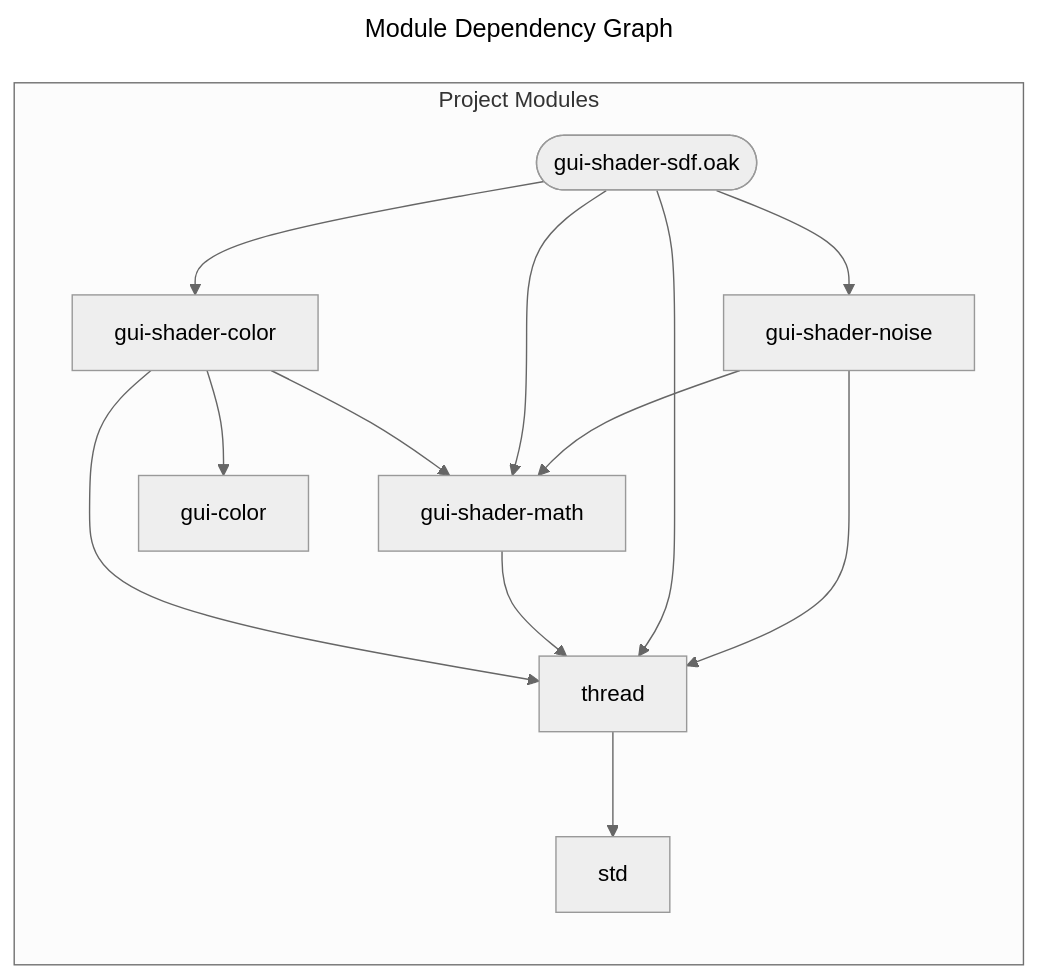
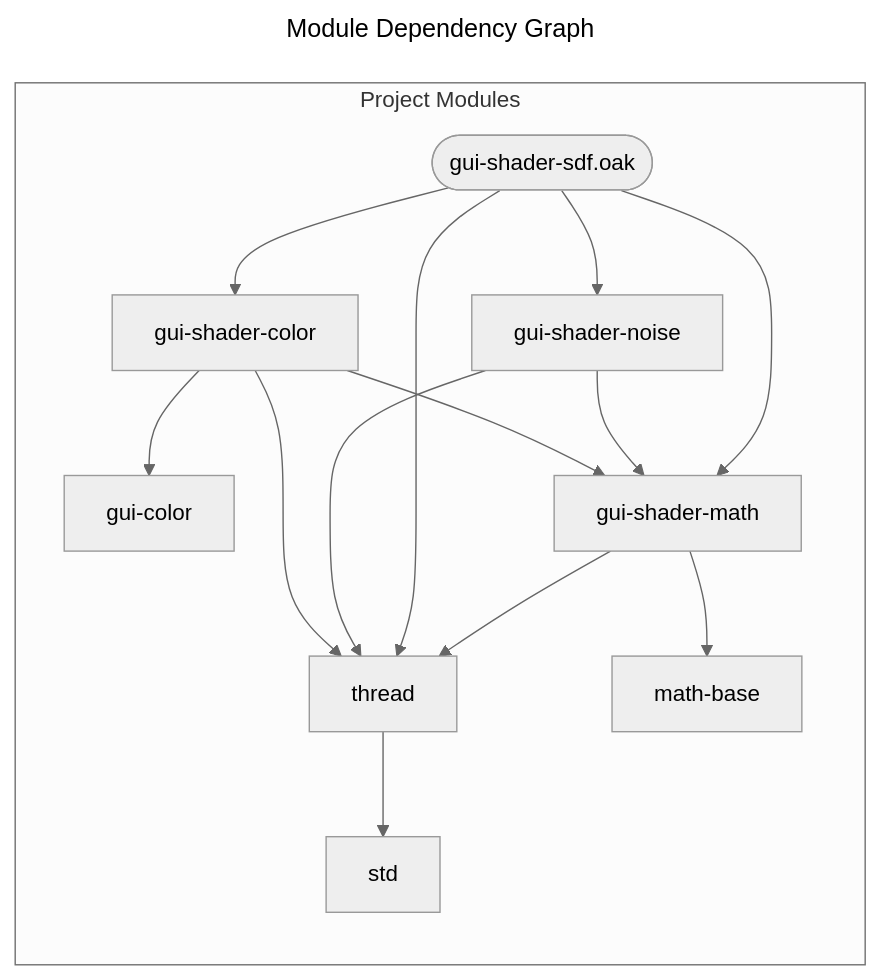
Before and after one commit to SpcFORK/magnolia: the diagram in docs/spec/gui-shader-sdf.mmd, drawn with Mermaid (neutral theme). The commit also changed 607 other files, not shown here.

```diff
--- a/docs/spec/gui-shader-sdf.mmd
+++ b/docs/spec/gui-shader-sdf.mmd
@@ -1,24 +1,26 @@
 ---
 title: Module Dependency Graph
 ---
 flowchart LR
     subgraph project_modules ["Project Modules"]
+        thread["thread"]
+        std["std"]
+        math_base["math-base"]
+        gui_shader_color["gui-shader-color"]
+        gui_color["gui-color"]
         gui_shader_noise["gui-shader-noise"]
         lib_gui_shader_sdf_oak(["gui-shader-sdf.oak"])
         gui_shader_math["gui-shader-math"]
-        thread["thread"]
-        std["std"]
-        gui_shader_color["gui-shader-color"]
-        gui_color["gui-color"]
     end
+    thread --> std
+    gui_shader_color --> gui_color
+    gui_shader_color --> gui_shader_math
+    gui_shader_color --> thread
     gui_shader_noise --> gui_shader_math
     gui_shader_noise --> thread
     lib_gui_shader_sdf_oak --> gui_shader_math
     lib_gui_shader_sdf_oak --> gui_shader_color
     lib_gui_shader_sdf_oak --> gui_shader_noise
     lib_gui_shader_sdf_oak --> thread
     gui_shader_math --> thread
-    thread --> std
-    gui_shader_color --> gui_color
-    gui_shader_color --> gui_shader_math
-    gui_shader_color --> thread
+    gui_shader_math --> math_base
```
